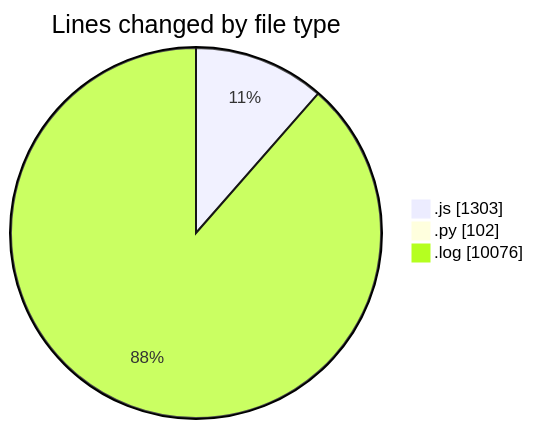
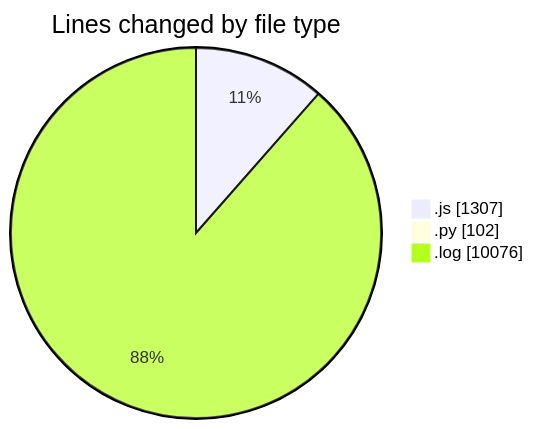
The first of 2 diagrams in 2025-04-14/nxtqube_webapp/README.md (nxtqubesakshisongat/code-tracking), drawn with Mermaid before and after one commit. The commit also changed other lines of this file and 1 other file, not shown here.

````diff
--- a/2025-04-14/nxtqube_webapp/README.md
+++ b/2025-04-14/nxtqube_webapp/README.md
@@ -25,7 +25,7 @@
 ```mermaid
 pie showData
 title Lines changed by file type
-".js" : 1303
+".js" : 1307
 ".py" : 102
 ".log" : 10076
 ```
````
